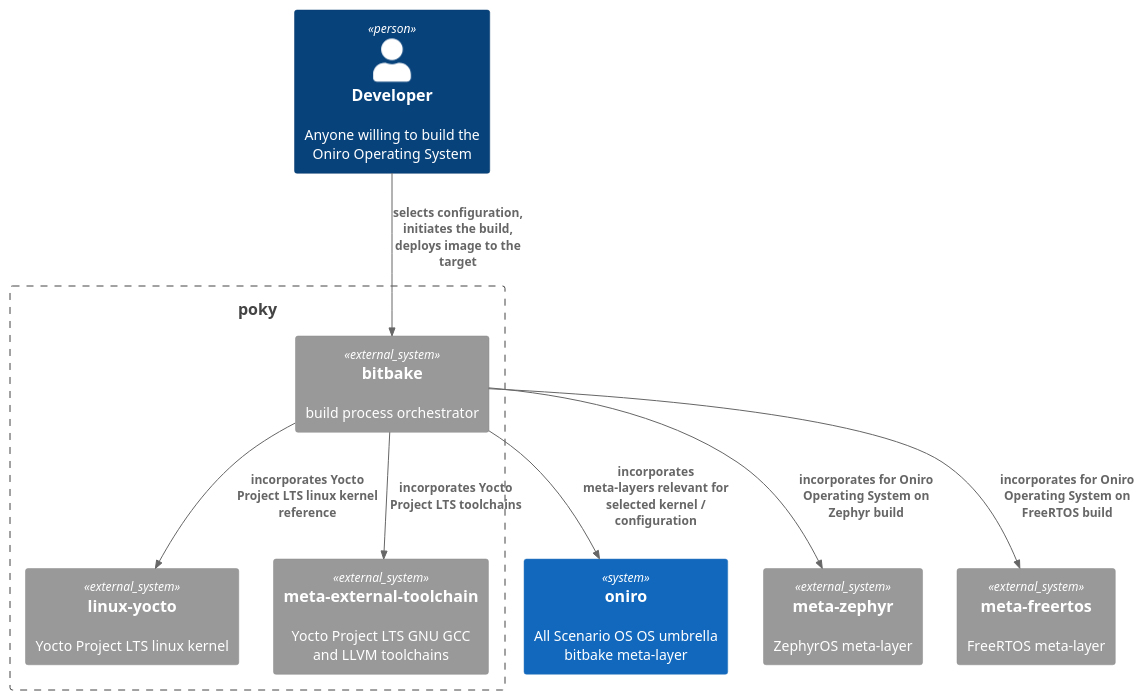
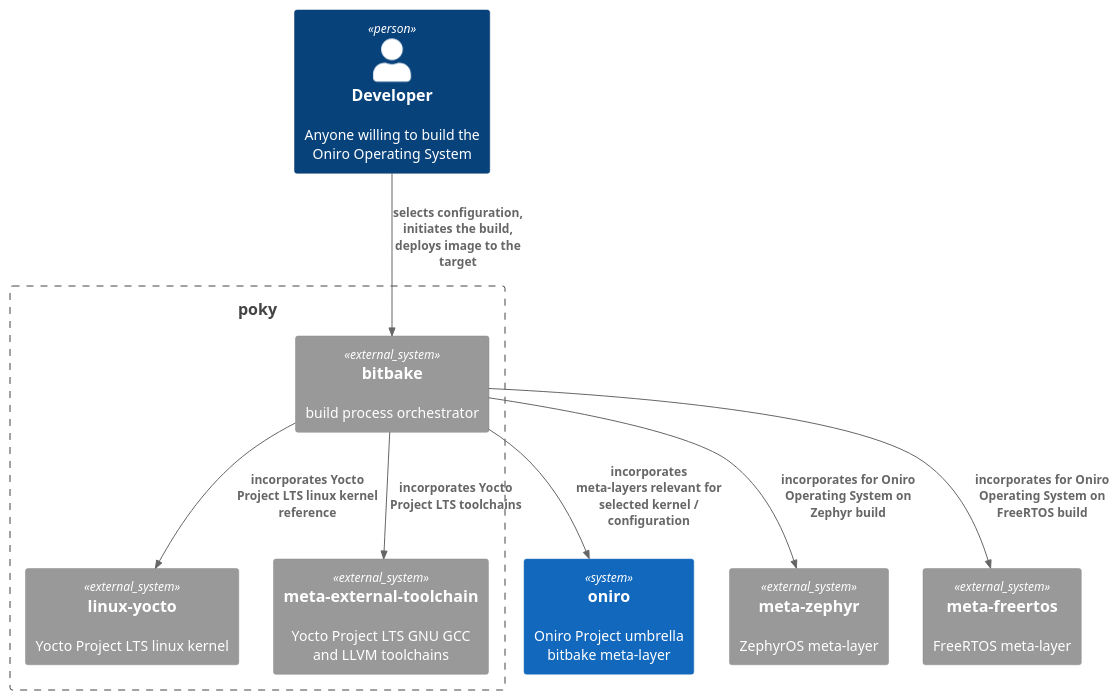
The diagram in docs/yocto-build-system/assets/oniro-build-arch.puml (alema-r/Alessandro-Marcolini-Oniro), drawn with PlantUML before and after one commit.

Commit message:
oniro-build-arch.puml: Adjust project name in UML diagram

```diff
--- a/docs/yocto-build-system/assets/oniro-build-arch.puml
+++ b/docs/yocto-build-system/assets/oniro-build-arch.puml
@@ -5,24 +5,24 @@
 @startuml meta-oniro-arch
 !include https://raw.githubusercontent.com/plantuml-stdlib/C4-PlantUML/master/C4_Container.puml
 
 Person(dev, "Developer", "Anyone willing to build the Oniro Operating System")
-System(oniro, "oniro", "All Scenario OS OS umbrella bitbake meta-layer")
+System(oniro, "oniro", "Oniro Project umbrella bitbake meta-layer")
 Boundary(poky, "poky") {
     System_Ext(bitbake, "bitbake", "build process orchestrator")
     System_Ext(linux_yocto, "linux-yocto", "Yocto Project LTS linux kernel")
     System_Ext(meta_external_toolchain, "meta-external-toolchain", "Yocto Project LTS GNU GCC and LLVM toolchains")
 }
 System_Ext(meta_zephyr, "meta-zephyr", "ZephyrOS meta-layer")
 System_Ext(meta_freertos, "meta-freertos", "FreeRTOS meta-layer")
 System_Ext(meta_freertos, "meta-freertos", "FreeRTOS meta-layer")
 System_Ext(linux_yocto, "linux-yocto", "Yocto Project LTS linux kernel")
 System_Ext(meta_external_toolchain, "meta-external-toolchain", "Yocto Project LTS GNU GCC and LLVM toolchains")
 
 Rel(dev, bitbake, "selects configuration, initiates the build, deploys image to the target")
 Rel(bitbake, oniro, "incorporates meta-layers relevant for selected kernel / configuration")
 Rel(bitbake, linux_yocto, "incorporates Yocto Project LTS linux kernel reference")
 Rel(bitbake, meta_external_toolchain, "incorporates Yocto Project LTS toolchains")
 Rel(bitbake, meta_zephyr, "incorporates for Oniro Operating System on Zephyr build")
 Rel(bitbake, meta_freertos, "incorporates for Oniro Operating System on FreeRTOS build")
 
 @enduml
```
